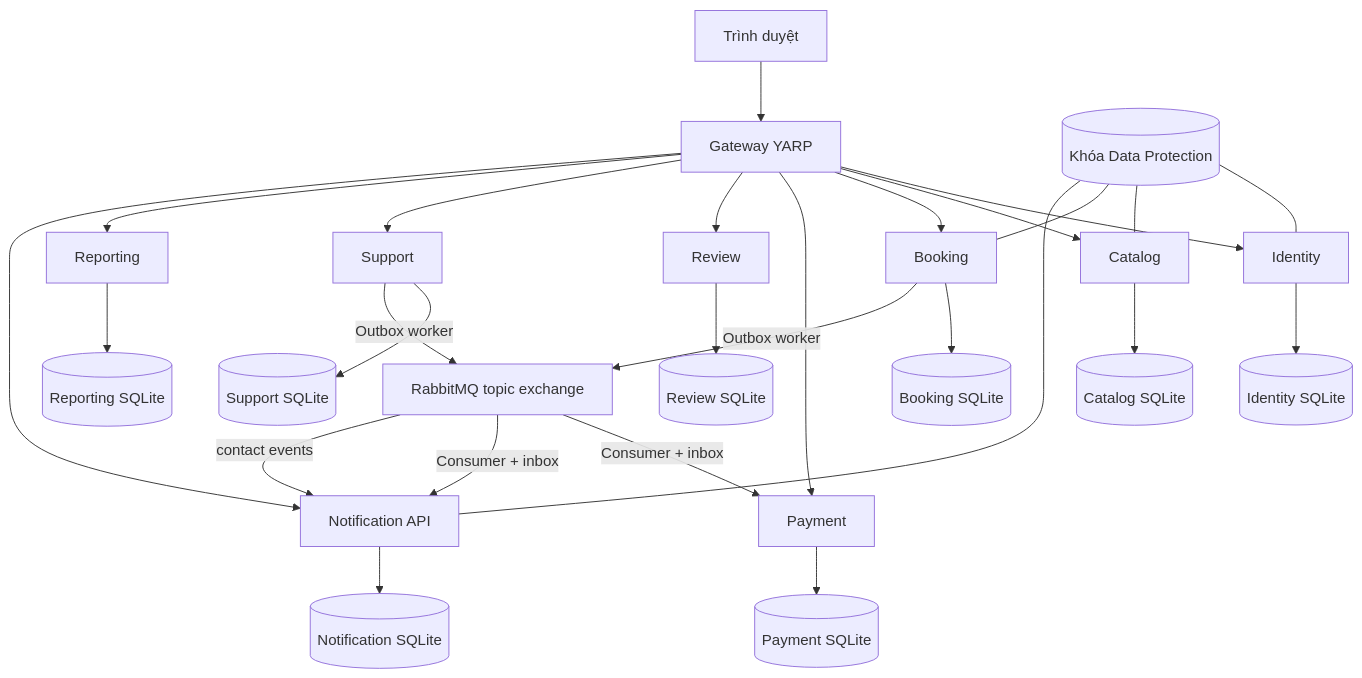
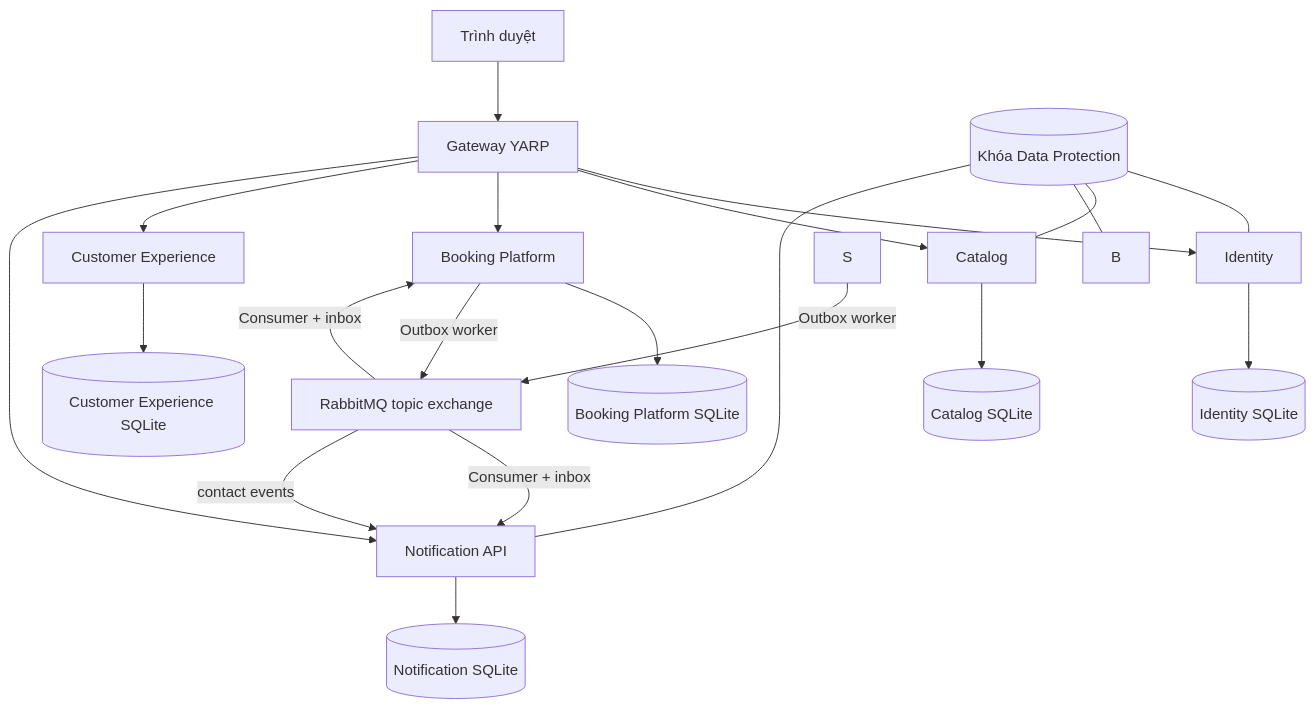
The first of 2 diagrams in docs/bao-cao-he-thong-phan-tan.md (dangvu2910/Tourbookingg), drawn with Mermaid before and after one commit. The commit also changed other lines of this file and 113 other files, not shown here.

````diff
--- a/docs/bao-cao-he-thong-phan-tan.md
+++ b/docs/bao-cao-he-thong-phan-tan.md
@@ -13,29 +13,23 @@
 ```mermaid
 flowchart TB
     U[Trình duyệt] --> G[Gateway YARP]
     G --> I[Identity]
     G --> C[Catalog]
-    G --> B[Booking]
-    G --> P[Payment]
-    G --> R[Review]
-    G --> S[Support]
-    G --> RP[Reporting]
+    G --> BP[Booking Platform]
+    G --> CX[Customer Experience]
     G --> N[Notification API]
     I --> ID[(Identity SQLite)]
     C --> CD[(Catalog SQLite)]
-    B --> BD[(Booking SQLite)]
-    P --> PD[(Payment SQLite)]
-    R --> RD[(Review SQLite)]
-    S --> SD[(Support SQLite)]
-    RP --> RPD[(Reporting SQLite)]
+    BP --> BPD[(Booking Platform SQLite)]
+    CX --> CXD[(Customer Experience SQLite)]
     N --> ND[(Notification SQLite)]
-    B -->|Outbox worker| Q[RabbitMQ topic exchange]
-    Q -->|Consumer + inbox| P
+    BP -->|Outbox worker| Q[RabbitMQ topic exchange]
+    Q -->|Consumer + inbox| BP
     Q -->|Consumer + inbox| N
     S -->|Outbox worker| Q
     Q -->|contact events| N
     K[(Khóa Data Protection)] --- I
     K --- C
     K --- B
     K --- N
 ```
````
